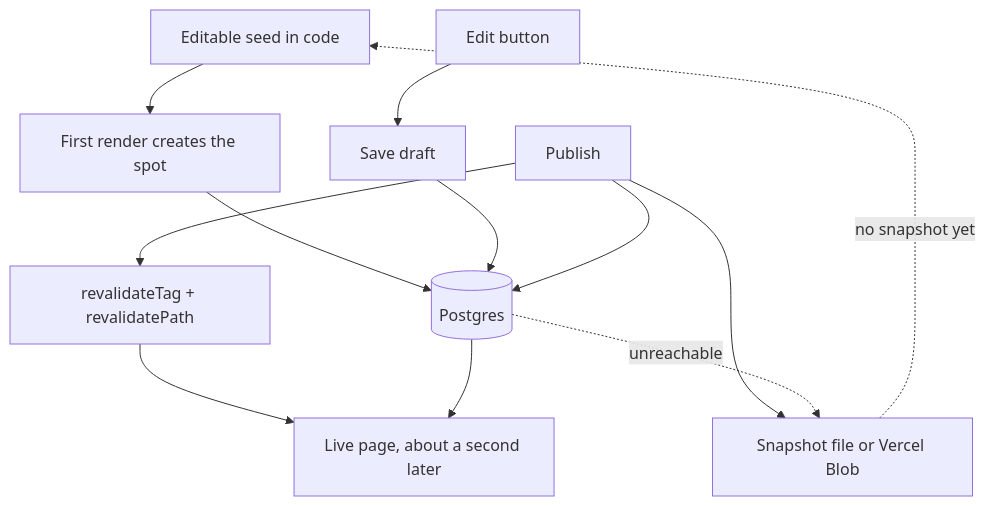
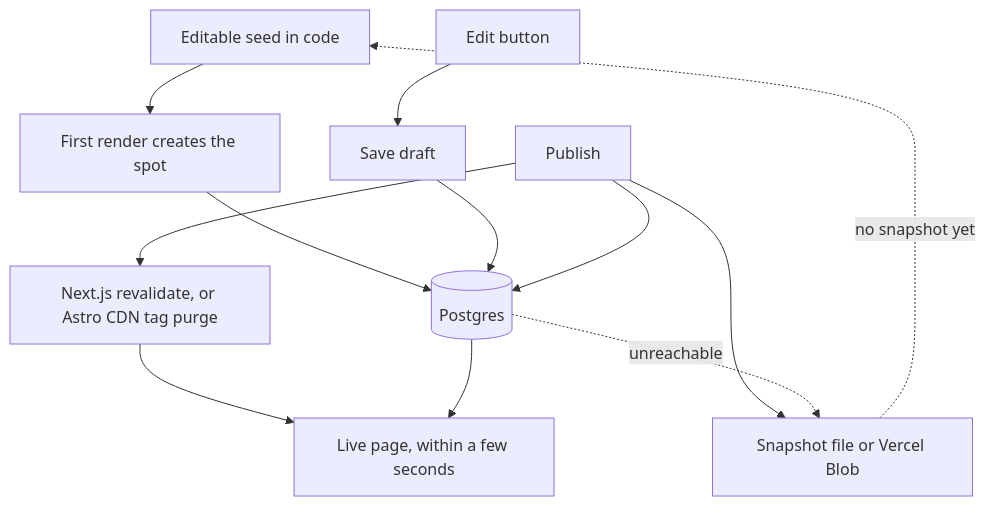
Before and after one commit to lukebrandonfarrell/site-editor: the diagram in README.md, drawn with Mermaid. The commit also changed other lines of this file and 27 other files, not shown here.

````diff
--- a/README.md
+++ b/README.md
@@ -30,14 +31,14 @@
 ```mermaid
 flowchart TD
   code["Editable seed in code"] --> first["First render creates the spot"]
   first --> db[("Postgres")]
   editor["Edit button"] --> draft["Save draft"]
   draft --> db
   publish["Publish"] --> db
   publish --> snap["Snapshot file or Vercel Blob"]
-  publish --> cache["revalidateTag + revalidatePath"]
-  cache --> page["Live page, about a second later"]
+  publish --> cache["Next.js revalidate, or Astro CDN tag purge"]
+  cache --> page["Live page, within a few seconds"]
   db --> page
   db -.->|unreachable| snap
   snap -.->|no snapshot yet| code
 ```
````
